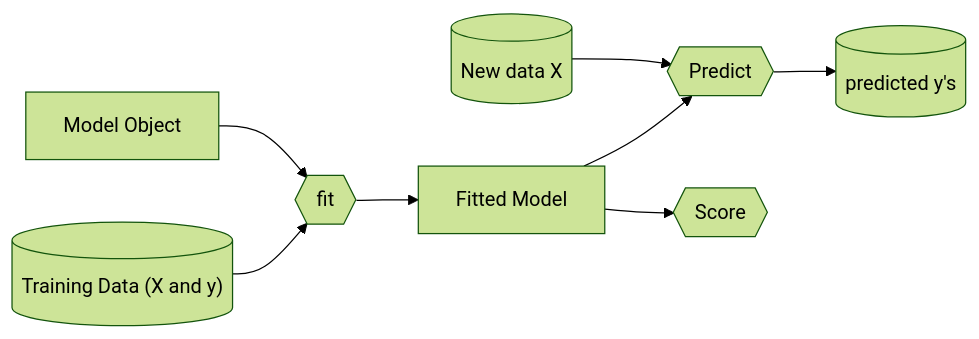
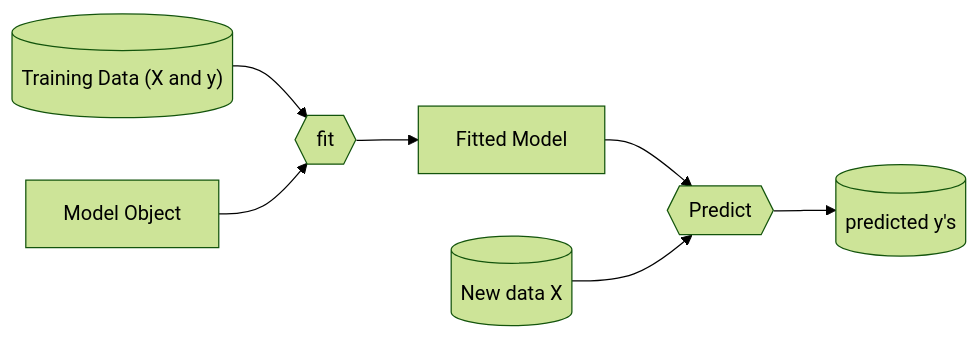
One commit to Calvin-Data-Science/data202 changed the first of 2 diagrams in units/09supervised-intro/w09-supervised.qmd. Above: the diagram before and after it, drawn with Mermaid (forest theme). The commit also changed other lines of this file, not shown here.

````diff
--- a/units/09supervised-intro/w09-supervised.qmd
+++ b/units/09supervised-intro/w09-supervised.qmd
@@ -141,11 +109,10 @@
 ```{mermaid}
 %%| echo: false
 flowchart LR
     A1[("Training Data (X and y)")] --> B{{fit}}
     A2[Model Object] --> B
     B --> FM[Fitted Model]
     FM --> C{{Predict}}
     B2[(New data X)] --> C
     C --> D[("predicted y's")]
-    FM --> E{{Score}}
 ```
````
